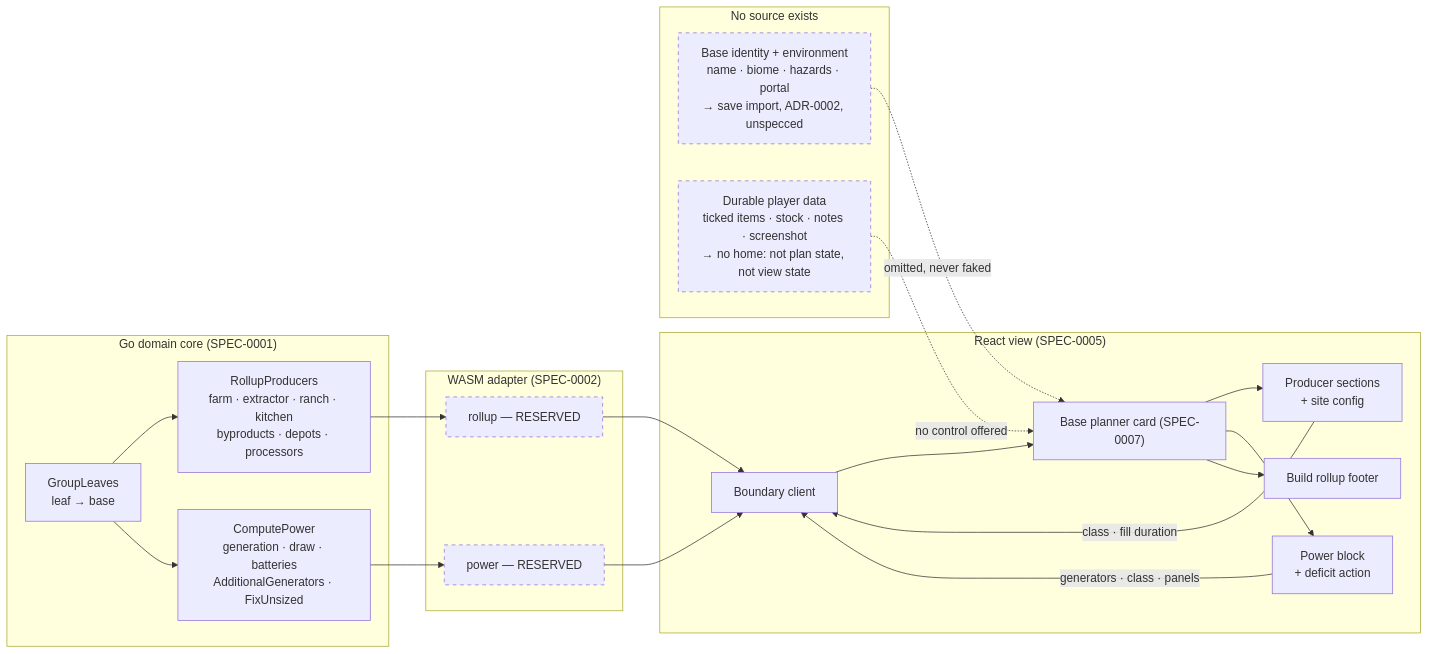
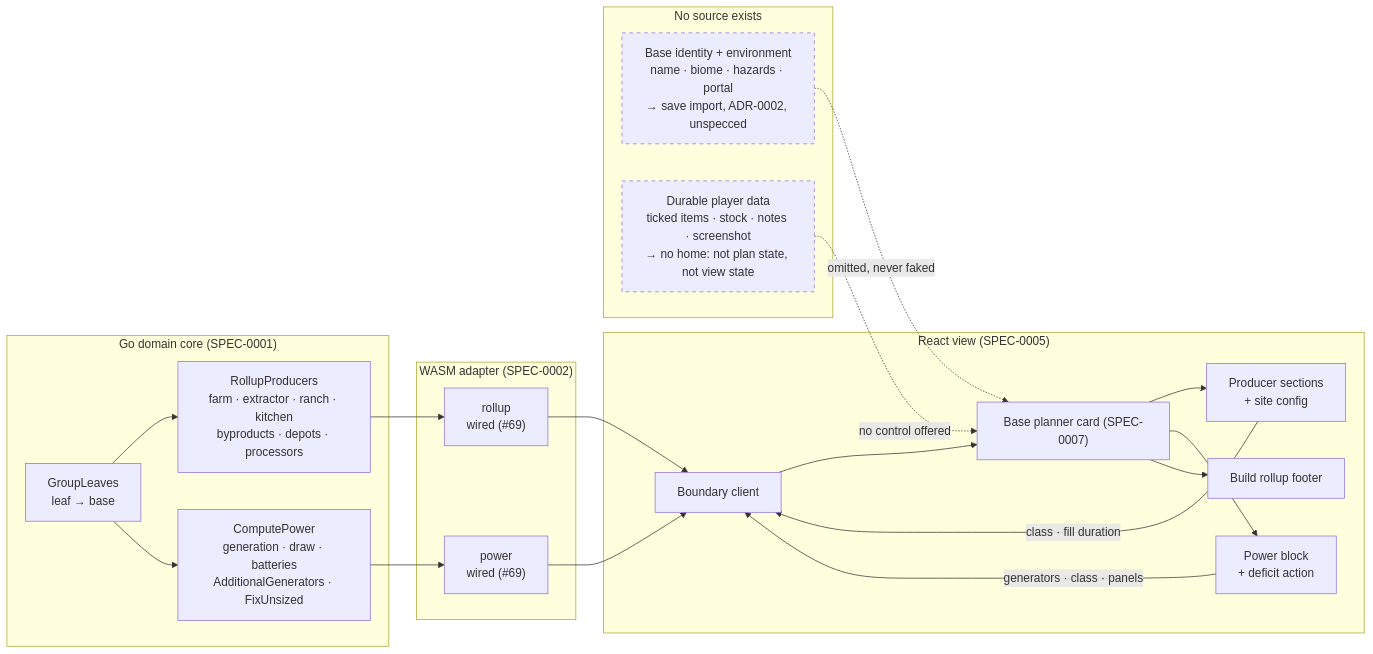
The diagram in docs/openspec/specs/base-planner-card/design.md (jonstump/nms-base-planner), drawn with Mermaid before and after one commit. The commit also changed other lines of this file, not shown here.

````diff
--- a/docs/openspec/specs/base-planner-card/design.md
+++ b/docs/openspec/specs/base-planner-card/design.md
@@ -96,45 +99,43 @@
 ```mermaid
 flowchart LR
     subgraph domain["Go domain core (SPEC-0001)"]
         G["GroupLeaves<br/>leaf → base"]
         P2["RollupProducers<br/>farm · extractor · ranch · kitchen<br/>byproducts · depots · processors"]
         P3["ComputePower<br/>generation · draw · batteries<br/>AdditionalGenerators · FixUnsized"]
     end
 
     subgraph bridge["WASM adapter (SPEC-0002)"]
-        RB["rollup — RESERVED"]
-        PB["power — RESERVED"]
+        RB["rollup<br/>wired (#69)"]
+        PB["power<br/>wired (#69)"]
     end
 
     subgraph view["React view (SPEC-0005)"]
         BC["Boundary client"]
         CARD["Base planner card (SPEC-0007)"]
         SEC["Producer sections<br/>+ site config"]
         POW["Power block<br/>+ deficit action"]
         FOOT["Build rollup footer"]
     end
 
     subgraph nosource["No source exists"]
         META["Base identity + environment<br/>name · biome · hazards · portal<br/>→ save import, ADR-0002, unspecced"]
         DUR["Durable player data<br/>ticked items · stock · notes · screenshot<br/>→ no home: not plan state, not view state"]
     end
 
     G --> P2 --> RB
     G --> P3 --> PB
     RB --> BC
     PB --> BC
     BC --> CARD
     CARD --> SEC
     CARD --> POW
     CARD --> FOOT
     SEC -->|"class · fill duration"| BC
     POW -->|"generators · class · panels"| BC
 
     META -.->|"omitted, never faked"| CARD
     DUR -.->|"no control offered"| CARD
 
-    style RB stroke-dasharray: 5 5
-    style PB stroke-dasharray: 5 5
     style META stroke-dasharray: 5 5
     style DUR stroke-dasharray: 5 5
 ```
````
